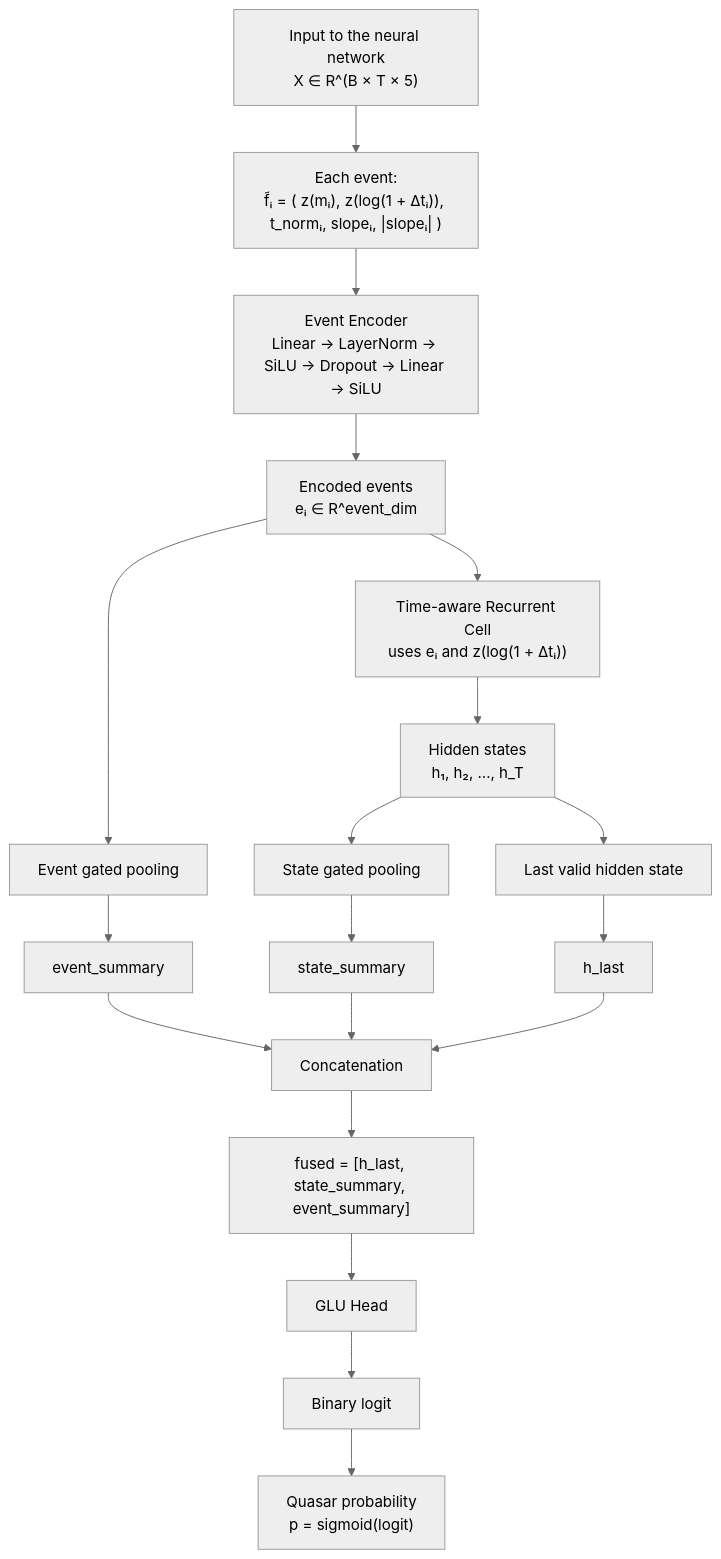
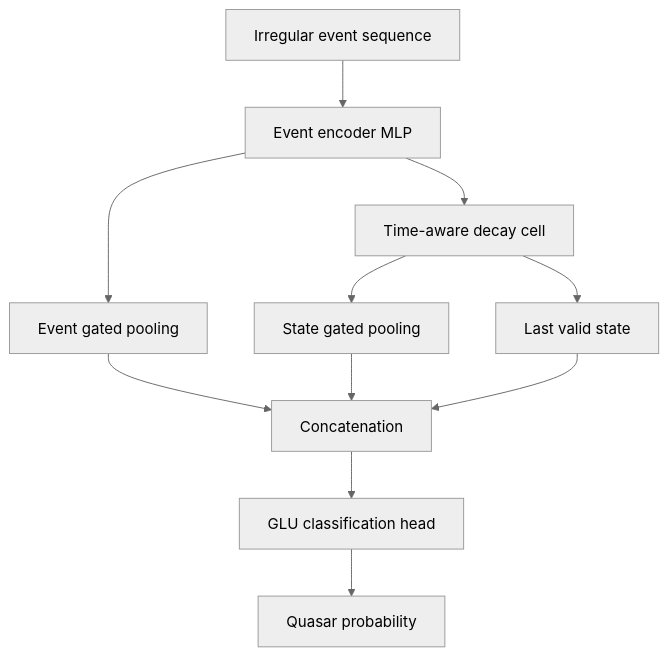
Before and after one commit to Putofsky/TiLDe: the diagram in Models-Documentation/NN_Quasar.md, drawn with Mermaid (neutral theme). The commit also changed other lines of this file and 80 other files, not shown here.

````diff
--- a/Models-Documentation/NN_Quasar.md
+++ b/Models-Documentation/NN_Quasar.md
@@ -41,35 +36,13 @@
 ```mermaid
 flowchart TD
-
-    A["Input to the neural network<br/>X ∈ R^(B × T × 5)"]
-
-    A --> B["Each event:<br/>f̃ᵢ = ( z(mᵢ), z(log(1 + Δtᵢ)), t_normᵢ, slopeᵢ, |slopeᵢ| )"]
-
-    B --> C["Event Encoder<br/>Linear → LayerNorm → SiLU → Dropout → Linear → SiLU"]
-
-    C --> D["Encoded events<br/>eᵢ ∈ R^event_dim"]
-
-    D --> E["Time-aware Recurrent Cell<br/>uses eᵢ and z(log(1 + Δtᵢ))"]
-
-    E --> F["Hidden states<br/>h₁, h₂, ..., h_T"]
-
-    D --> G["Event gated pooling"]
-    F --> H["State gated pooling"]
-    F --> I["Last valid hidden state"]
-
-    G --> J["event_summary"]
-    H --> K["state_summary"]
-    I --> L["h_last"]
-
-    J --> M["Concatenation"]
-    K --> M
-    L --> M
-
-    M --> N["fused = [h_last, state_summary, event_summary]"]
-
-    N --> O["GLU Head"]
-
-    O --> P["Binary logit"]
-
-    P --> Q["Quasar probability<br/>p = sigmoid(logit)"]
+    A["Irregular event sequence"] --> B["Event encoder MLP"]
+    B --> C["Time-aware decay cell"]
+    B --> D["Event gated pooling"]
+    C --> E["State gated pooling"]
+    C --> F["Last valid state"]
+    D --> G["Concatenation"]
+    E --> G
+    F --> G
+    G --> H["GLU classification head"]
+    H --> I["Quasar probability"]
 ```
````
